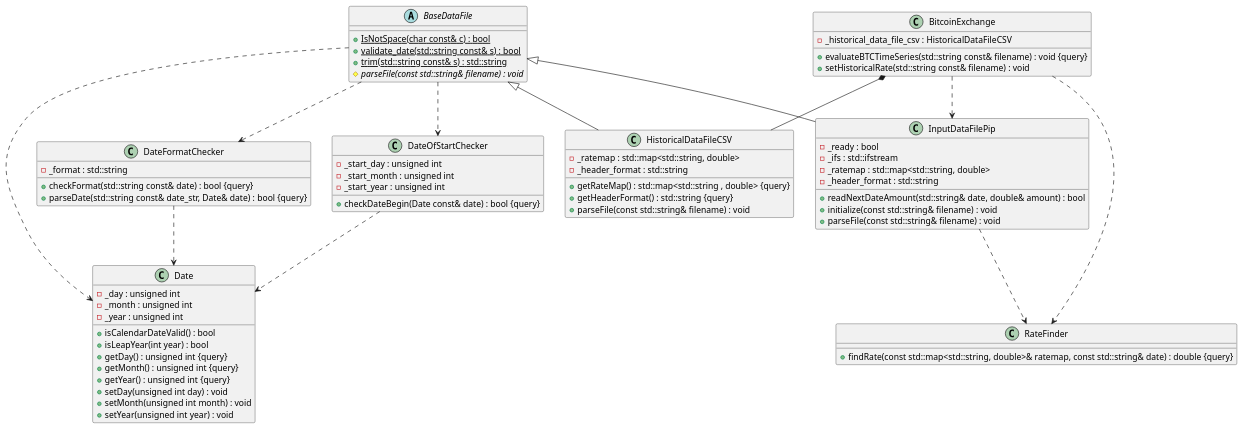
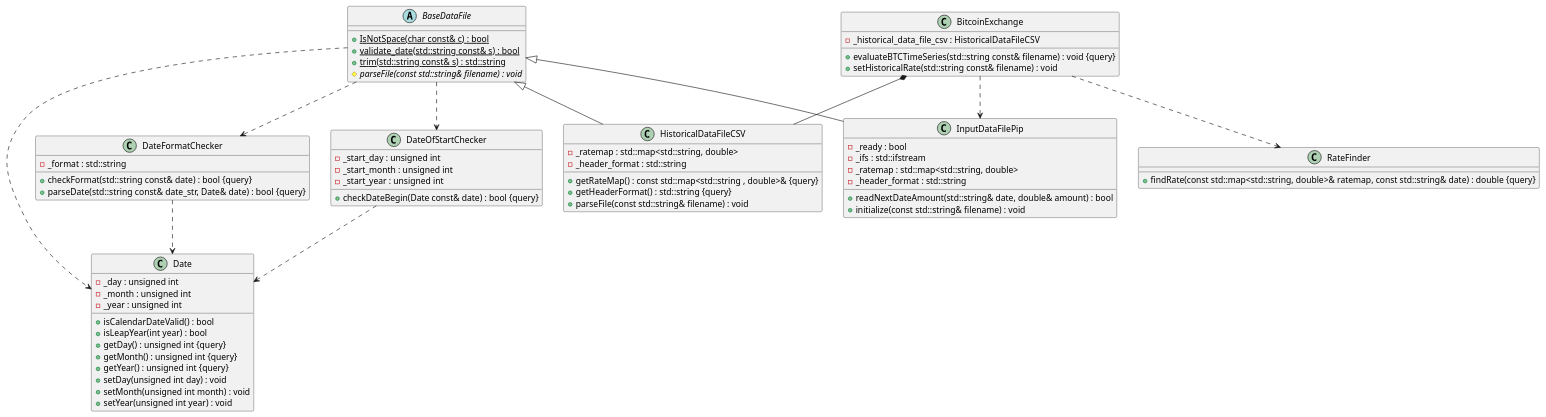
The diagram in ex00/btc.puml (ra121e/cpp09), drawn with PlantUML before and after one commit. The commit also changed 3 other files, not shown here.

```diff
--- a/ex00/btc.puml
+++ b/ex00/btc.puml
@@ -1,125 +1,122 @@
 @startuml btc
 
 
 
 
 
 /' Objects '/
 
 abstract class BaseDataFile {
 	+{static} IsNotSpace(char const& c) : bool
 	+{static} validate_date(std::string const& s) : bool
 	+{static} trim(std::string const& s) : std::string
 	#{abstract} parseFile(const std::string& filename) : void
 }
 
 
 class BitcoinExchange {
 	-_historical_data_file_csv : HistoricalDataFileCSV
 	+evaluateBTCTimeSeries(std::string const& filename) : void {query}
 	+setHistoricalRate(std::string const& filename) : void
 }
 
 
 class Date {
 	+isCalendarDateValid() : bool
 	+isLeapYear(int year) : bool
 	-_day : unsigned int
 	-_month : unsigned int
 	-_year : unsigned int
 	+getDay() : unsigned int {query}
 	+getMonth() : unsigned int {query}
 	+getYear() : unsigned int {query}
 	+setDay(unsigned int day) : void
 	+setMonth(unsigned int month) : void
 	+setYear(unsigned int year) : void
 }
 
 
 class DateFormatChecker {
 	+checkFormat(std::string const& date) : bool {query}
 	+parseDate(std::string const& date_str, Date& date) : bool {query}
 	-_format : std::string
 }
 
 
 class DateOfStartChecker {
 	+checkDateBegin(Date const& date) : bool {query}
 	-_start_day : unsigned int
 	-_start_month : unsigned int
 	-_start_year : unsigned int
 }
 
 
 class HistoricalDataFileCSV {
-	+getRateMap() : std::map<std::string , double> {query}
+	+getRateMap() : const std::map<std::string , double>& {query}
 	-_ratemap : std::map<std::string, double>
 	-_header_format : std::string
 	+getHeaderFormat() : std::string {query}
 	+parseFile(const std::string& filename) : void
 }
 
 
 class InputDataFilePip {
 	-_ready : bool
 	+readNextDateAmount(std::string& date, double& amount) : bool
 	-_ifs : std::ifstream
 	-_ratemap : std::map<std::string, double>
 	-_header_format : std::string
 	+initialize(const std::string& filename) : void
-	+parseFile(const std::string& filename) : void
 }
 
 
 class RateFinder {
 	+findRate(const std::map<std::string, double>& ratemap, const std::string& date) : double {query}
 }
 
 
 
 
 
 /' Inheritance relationships '/
 
 BaseDataFile <|-- HistoricalDataFileCSV
 
 
 BaseDataFile <|-- InputDataFilePip
 
 
 
 
 
 /' Aggregation relationships '/
 
 BitcoinExchange *-- HistoricalDataFileCSV
 
 
 
 
 
 
 
 /' Dependency relationships '/
 
 BaseDataFile ..> DateFormatChecker
 BaseDataFile ..> DateOfStartChecker
 BaseDataFile ..> Date
 
 DateFormatChecker ..> Date
 DateOfStartChecker ..> Date
 
 BitcoinExchange ..> InputDataFilePip
 BitcoinExchange ..> RateFinder
 
-InputDataFilePip ..> RateFinder
-
 
 
 
 
 /' Nested objects '/
 
 
 
 @enduml
```
